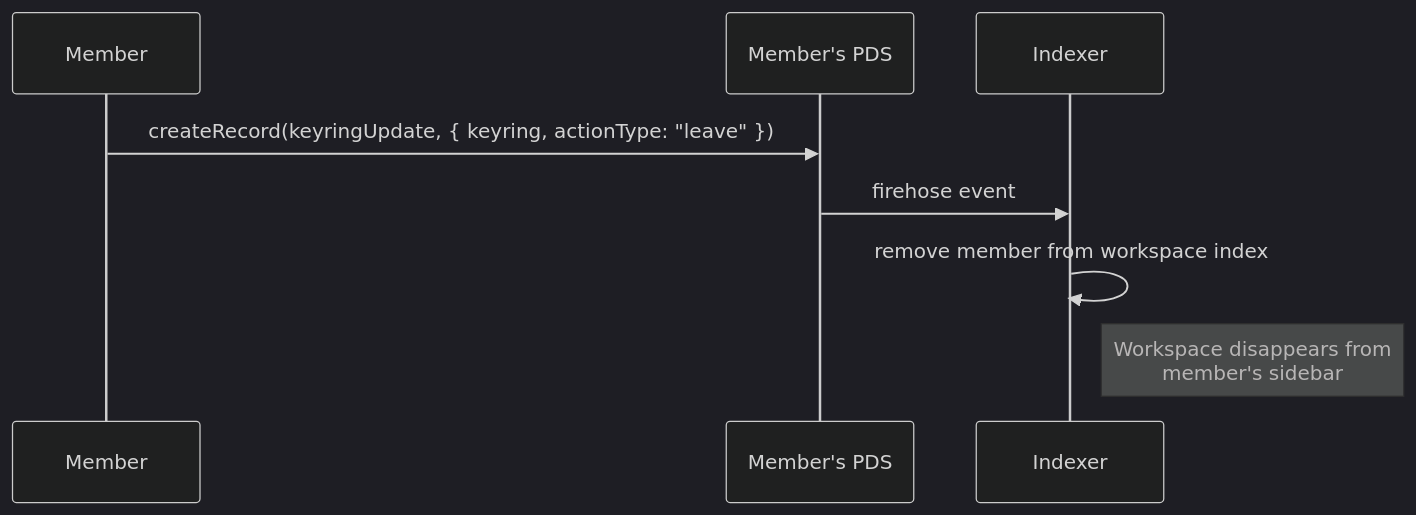
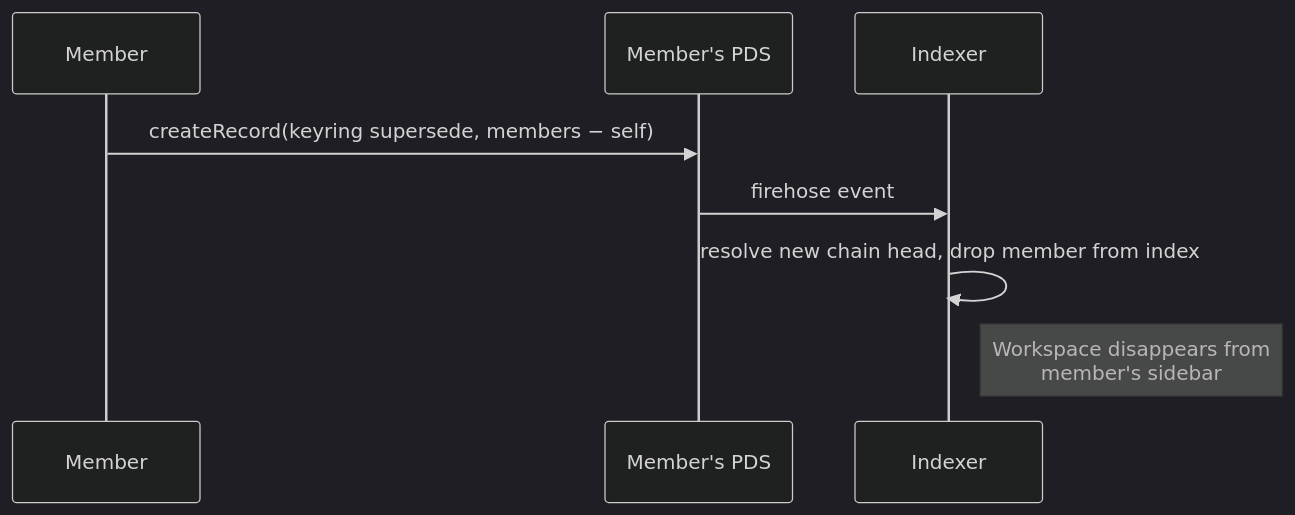
Before and after one commit to Sans-Self/Opake: the fourth of 5 diagrams in lexicons/README.md, drawn with Mermaid (dark theme). The commit also changed other lines of this file and 35 other files, not shown here.

````diff
--- a/lexicons/README.md
+++ b/lexicons/README.md
@@ -156,11 +147,11 @@
 ```mermaid
 sequenceDiagram
     participant Member
     participant MemberPDS as Member's PDS
     participant Indexer
 
-    Member->>MemberPDS: createRecord(keyringUpdate, { keyring, actionType: "leave" })
+    Member->>MemberPDS: createRecord(keyring supersede, members − self)
     MemberPDS->>Indexer: firehose event
-    Indexer->>Indexer: remove member from workspace index
+    Indexer->>Indexer: resolve new chain head, drop member from index
     Note right of Indexer: Workspace disappears from<br/>member's sidebar
 ```
````
